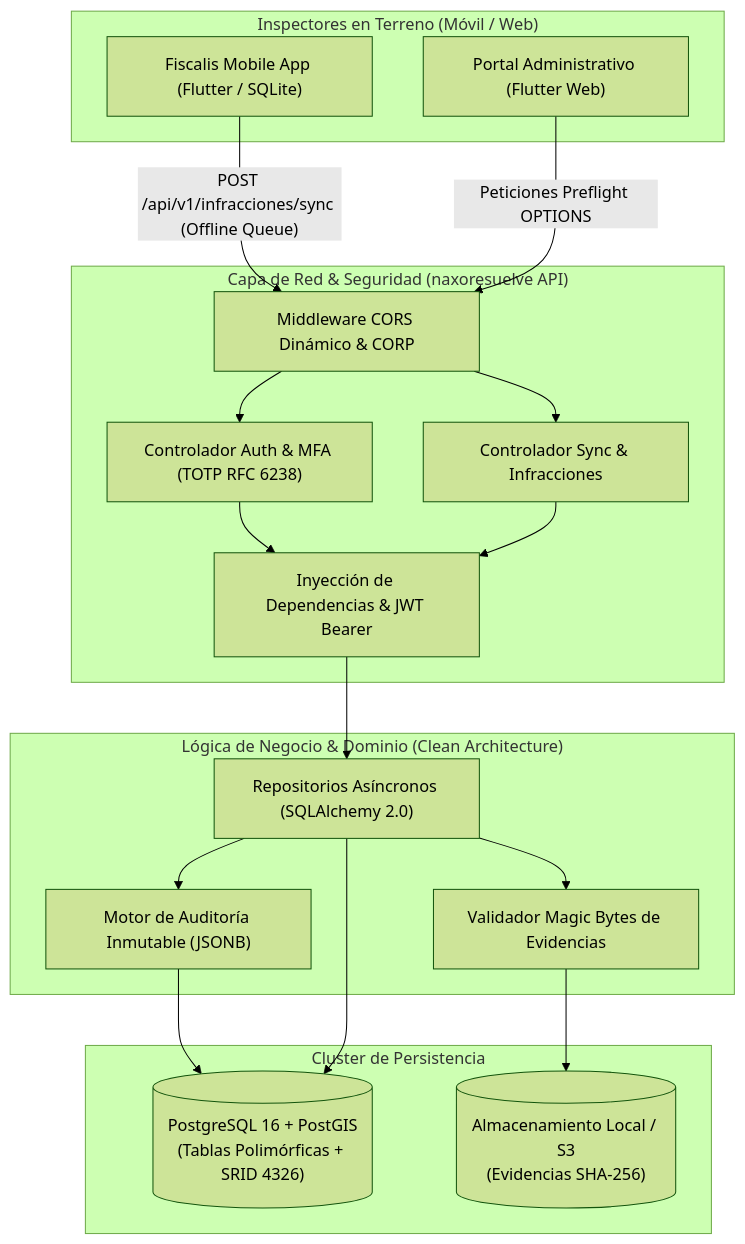
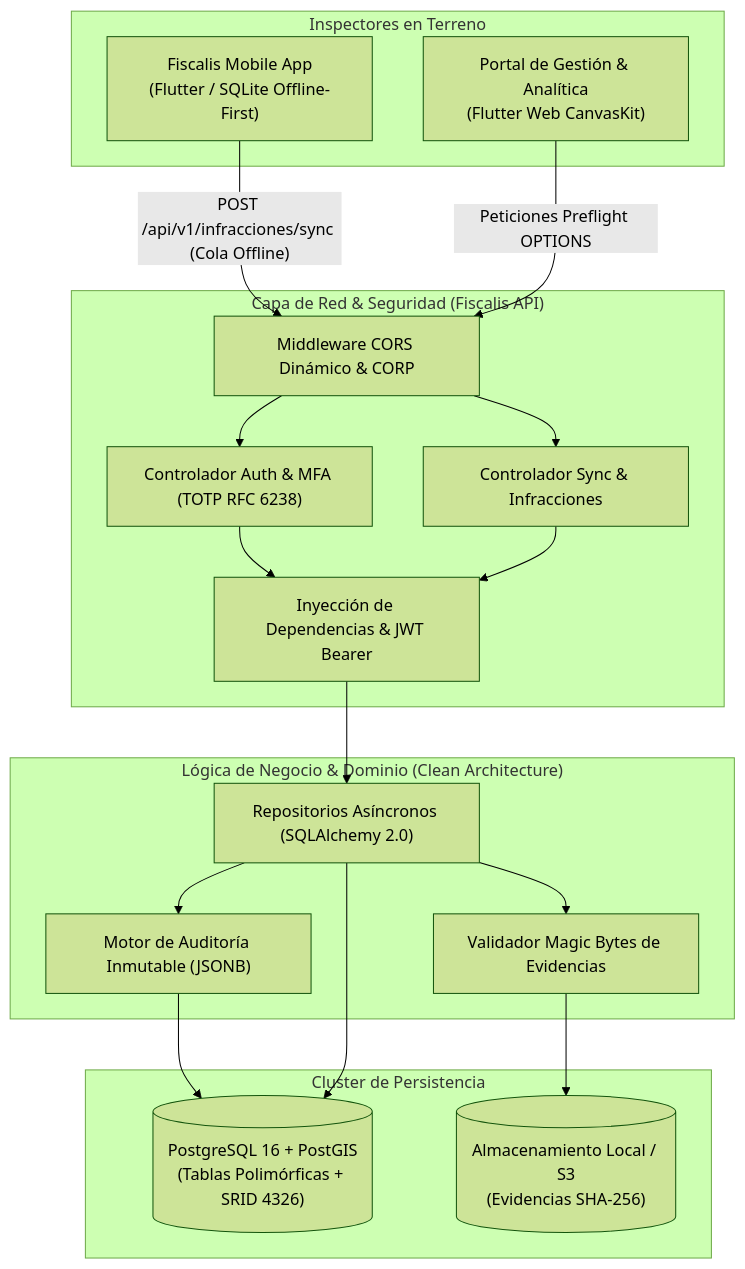
The second of 2 diagrams in README.md (naxo16/Fiscalis), drawn with Mermaid (forest theme) before and after one commit. The commit also changed other lines of this file, not shown here.

Commit message:
docs(readme): formalizar documentacion institucional de Fiscalis, propuesta de valor y arquitectura operativa

````diff
--- a/README.md
+++ b/README.md
@@ -34,38 +57,38 @@
 ```mermaid
 flowchart TD
-    subgraph Terreno["Inspectores en Terreno (Móvil / Web)"]
-        APP["Fiscalis Mobile App (Flutter / SQLite)"]
-        WEB["Portal Administrativo (Flutter Web)"]
+    subgraph Terreno["Inspectores en Terreno"]
+        APP["Fiscalis Mobile App\n(Flutter / SQLite Offline-First)"]
+        WEB["Portal de Gestión & Analítica\n(Flutter Web CanvasKit)"]
     end
 
-    subgraph Gateway["Capa de Red & Seguridad (naxoresuelve API)"]
+    subgraph Gateway["Capa de Red & Seguridad (Fiscalis API)"]
         CORS["Middleware CORS Dinámico & CORP"]
         AUTH["Controlador Auth & MFA (TOTP RFC 6238)"]
         SYNC["Controlador Sync & Infracciones"]
         DEPS["Inyección de Dependencias & JWT Bearer"]
     end
 
     subgraph Servicios["Lógica de Negocio & Dominio (Clean Architecture)"]
         REPO["Repositorios Asíncronos (SQLAlchemy 2.0)"]
         AUDIT["Motor de Auditoría Inmutable (JSONB)"]
         FILES["Validador Magic Bytes de Evidencias"]
     end
 
     subgraph Persistencia["Cluster de Persistencia"]
         PG[("PostgreSQL 16 + PostGIS\n(Tablas Polimórficas + SRID 4326)")]
         STORAGE[("Almacenamiento Local / S3\n(Evidencias SHA-256)")]
     end
 
-    APP -- "POST /api/v1/infracciones/sync (Offline Queue)" --> CORS
+    APP -- "POST /api/v1/infracciones/sync (Cola Offline)" --> CORS
     WEB -- "Peticiones Preflight OPTIONS" --> CORS
     CORS --> AUTH
     CORS --> SYNC
     AUTH --> DEPS
     SYNC --> DEPS
     DEPS --> REPO
     REPO --> AUDIT
     REPO --> FILES
     AUDIT --> PG
     FILES --> STORAGE
     REPO --> PG
 ```
````
